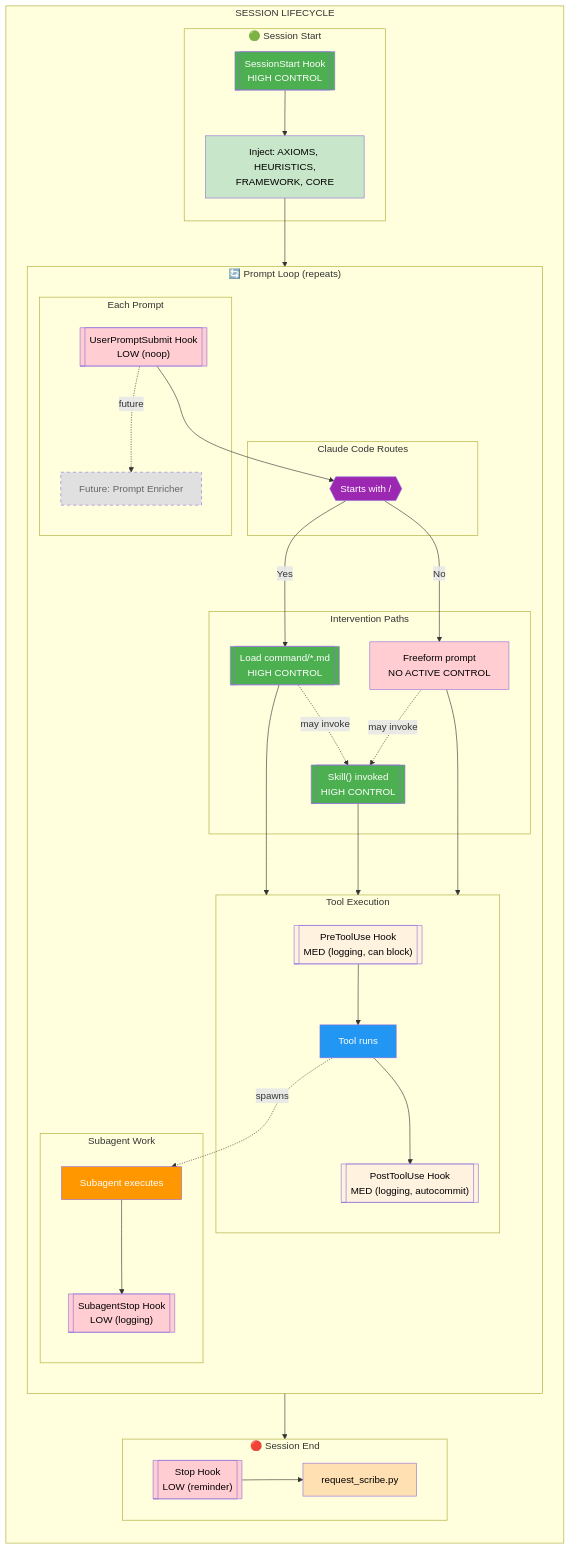
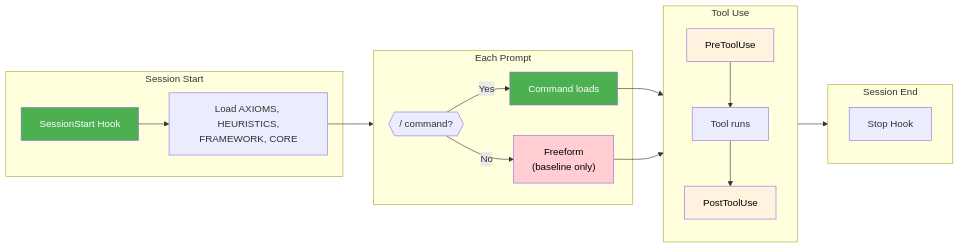
One commit to nicsuzor/academicOps changed the first of 4 diagrams in docs/execution-flow.md. Above: the diagram before and after it, drawn with Mermaid. The commit also changed other lines of this file and 23 other files, not shown here.

````diff
--- a/docs/execution-flow.md
+++ b/docs/execution-flow.md
@@ -216,78 +9,37 @@
 ```mermaid
-flowchart TB
-    subgraph SESSION["SESSION LIFECYCLE"]
-        direction TB
-
-        subgraph START["🟢 Session Start"]
-            SS[["SessionStart Hook<br/>HIGH CONTROL"]]
-            SS_DO["Inject: AXIOMS, HEURISTICS,<br/>FRAMEWORK, CORE"]
-        end
-
-        subgraph LOOP["🔄 Prompt Loop (repeats)"]
-            direction TB
-
-            subgraph PROMPT["Each Prompt"]
-                UP[["UserPromptSubmit Hook<br/>LOW (noop)"]]
-                UP_FUTURE["Future: Prompt Enricher"]
-            end
-
-            subgraph ROUTE["Claude Code Routes"]
-                R{{"Starts with /"}}
-            end
-
-            subgraph PATHS["Intervention Paths"]
-                CMD[["Load command/*.md<br/>HIGH CONTROL"]]
-                SKILL[["Skill() invoked<br/>HIGH CONTROL"]]
-                FREE["Freeform prompt<br/>NO ACTIVE CONTROL"]
-            end
-
-            subgraph TOOLS["Tool Execution"]
-                PRE[["PreToolUse Hook<br/>MED (logging, can block)"]]
-                TOOL["Tool runs"]
-                POST[["PostToolUse Hook<br/>MED (logging, autocommit)"]]
-            end
-
-            subgraph SUB["Subagent Work"]
-                SUBRUN["Subagent executes"]
-                SUBSTOP[["SubagentStop Hook<br/>LOW (logging)"]]
-            end
-        end
-
-        subgraph END["🔴 Session End"]
-            STOP[["Stop Hook<br/>LOW (reminder)"]]
-            STOP_DO["request_scribe.py"]
-        end
+flowchart LR
+    subgraph START["Session Start"]
+        SS["SessionStart Hook"]
+        SS_DO["Load AXIOMS, HEURISTICS,<br/>FRAMEWORK, CORE"]
     end
 
-    SS --> SS_DO --> LOOP
-    UP -.->|future| UP_FUTURE
-    UP --> R
+    subgraph PROMPT["Each Prompt"]
+        R{{"/ command?"}}
+        CMD["Command loads"]
+        FREE["Freeform<br/>(baseline only)"]
+    end
+
+    subgraph TOOLS["Tool Use"]
+        PRE["PreToolUse"]
+        TOOL["Tool runs"]
+        POST["PostToolUse"]
+    end
+
+    subgraph END["Session End"]
+        STOP["Stop Hook"]
+    end
+
+    SS --> SS_DO --> PROMPT
     R -->|Yes| CMD
     R -->|No| FREE
-    CMD -.->|may invoke| SKILL
-    FREE -.->|may invoke| SKILL
     CMD --> TOOLS
-    SKILL --> TOOLS
     FREE --> TOOLS
     PRE --> TOOL --> POST
-    TOOL -.->|spawns| SUBRUN
-    SUBRUN --> SUBSTOP
-    LOOP --> END
-    STOP --> STOP_DO
+    TOOLS --> END
 
     style SS fill:#4caf50,color:#fff
-    style SS_DO fill:#c8e6c9,color:#000
-    style UP fill:#ffcdd2,color:#000
-    style UP_FUTURE fill:#e0e0e0,color:#666,stroke-dasharray: 5 5
-    style R fill:#9c27b0,color:#fff
     style CMD fill:#4caf50,color:#fff
-    style SKILL fill:#4caf50,color:#fff
     style FREE fill:#ffcdd2,color:#000
     style PRE fill:#fff3e0,color:#000
-    style TOOL fill:#2196f3,color:#fff
     style POST fill:#fff3e0,color:#000
-    style SUBRUN fill:#ff9800,color:#fff
-    style SUBSTOP fill:#ffcdd2,color:#000
-    style STOP fill:#ffcdd2,color:#000
-    style STOP_DO fill:#ffe0b2,color:#000
 ```
````
